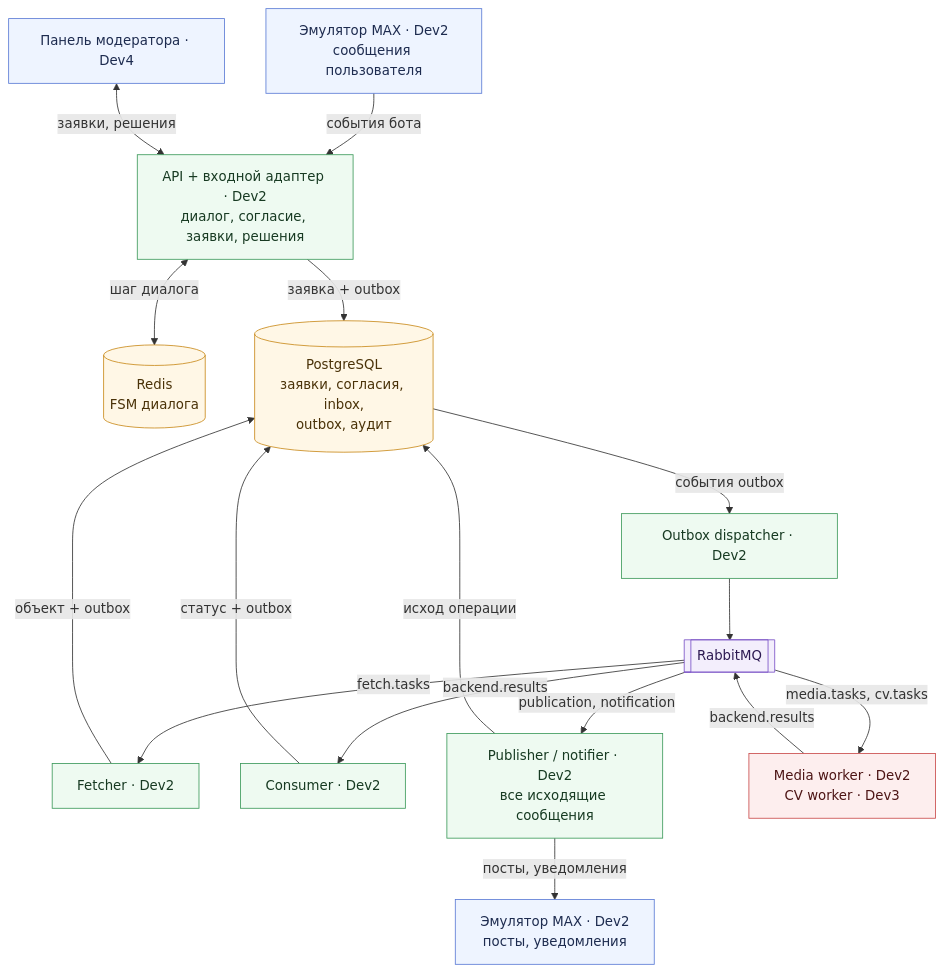
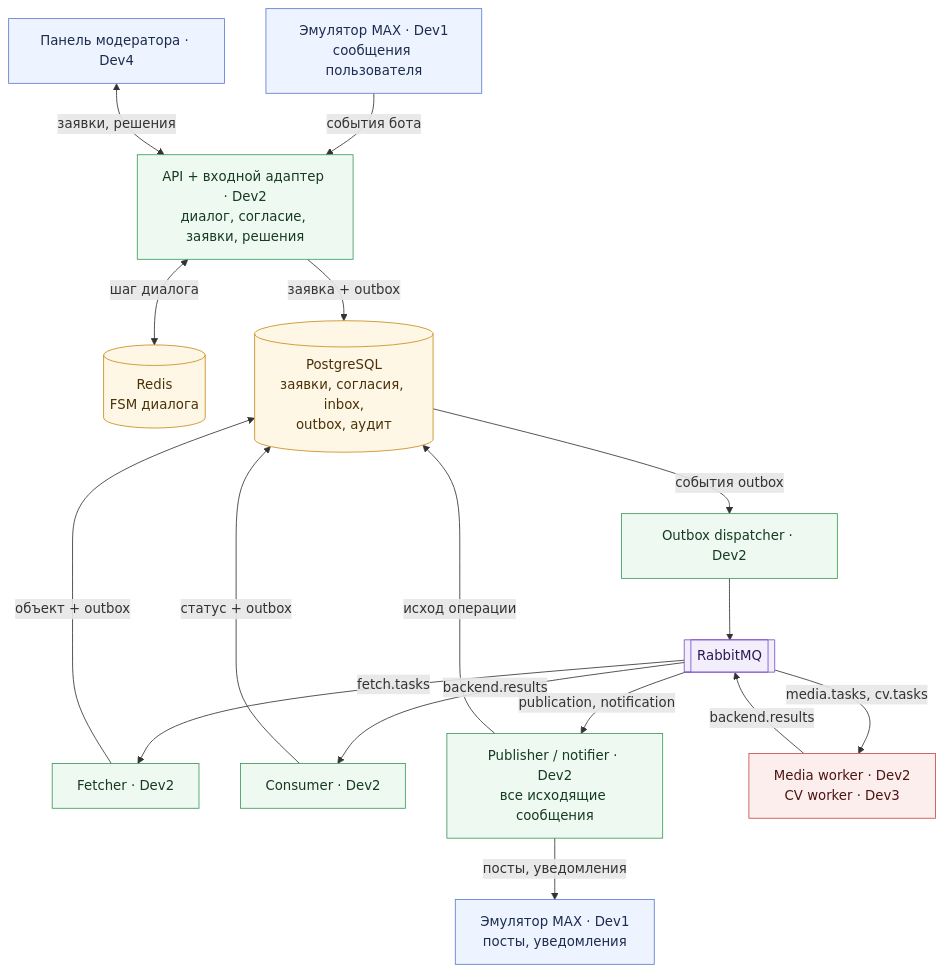
The second of 5 diagrams in docs/mvp.md (MIvi-test/vision-shield-bot), drawn with Mermaid before and after one commit. The commit also changed other lines of this file and 6 other files, not shown here.

````diff
--- a/docs/mvp.md
+++ b/docs/mvp.md
@@ -71,45 +71,45 @@
 ```mermaid
 flowchart TB
-    EMU_IN["Эмулятор MAX · Dev2<br/>сообщения пользователя"]
+    EMU_IN["Эмулятор MAX · Dev1<br/>сообщения пользователя"]
     UI["Панель модератора · Dev4"]
 
     API["API + входной адаптер · Dev2<br/>диалог, согласие, заявки, решения"]
     REDIS[("Redis<br/>FSM диалога")]
     PG[("PostgreSQL<br/>заявки, согласия, inbox,<br/>outbox, аудит")]
     OUT["Outbox dispatcher · Dev2"]
     RMQ[["RabbitMQ"]]
 
     FETCH["Fetcher · Dev2"]
     CON["Consumer · Dev2"]
     PUB["Publisher / notifier · Dev2<br/>все исходящие сообщения"]
     WORK["Media worker · Dev2<br/>CV worker · Dev3"]
 
-    EMU_OUT["Эмулятор MAX · Dev2<br/>посты, уведомления"]
+    EMU_OUT["Эмулятор MAX · Dev1<br/>посты, уведомления"]
 
     EMU_IN -- события бота --> API
     UI <-- заявки, решения --> API
     API <-- шаг диалога --> REDIS
     API -- заявка + outbox --> PG
     PG -- события outbox --> OUT
     OUT --> RMQ
     RMQ -- fetch.tasks --> FETCH
     RMQ -- media.tasks, cv.tasks --> WORK
     WORK -- backend.results --> RMQ
     RMQ -- backend.results --> CON
     RMQ -- publication, notification --> PUB
     FETCH -- объект + outbox --> PG
     CON -- статус + outbox --> PG
     PUB -- исход операции --> PG
     PUB -- посты, уведомления --> EMU_OUT
 
     classDef ext fill:#eef4ff,stroke:#5b7bd5,color:#1d2b4f
     classDef be fill:#eefaf1,stroke:#3d9a5b,color:#173a22
     classDef data fill:#fff7e6,stroke:#c98a1b,color:#4a3208
     classDef proc fill:#fdeeee,stroke:#c94b4b,color:#4d1515
     classDef mq fill:#f3eefc,stroke:#7a52c7,color:#2d1a52
     class EMU_IN,EMU_OUT,UI ext
     class API,OUT,FETCH,CON,PUB be
     class REDIS,PG data
     class WORK proc
     class RMQ mq
 ```
````
